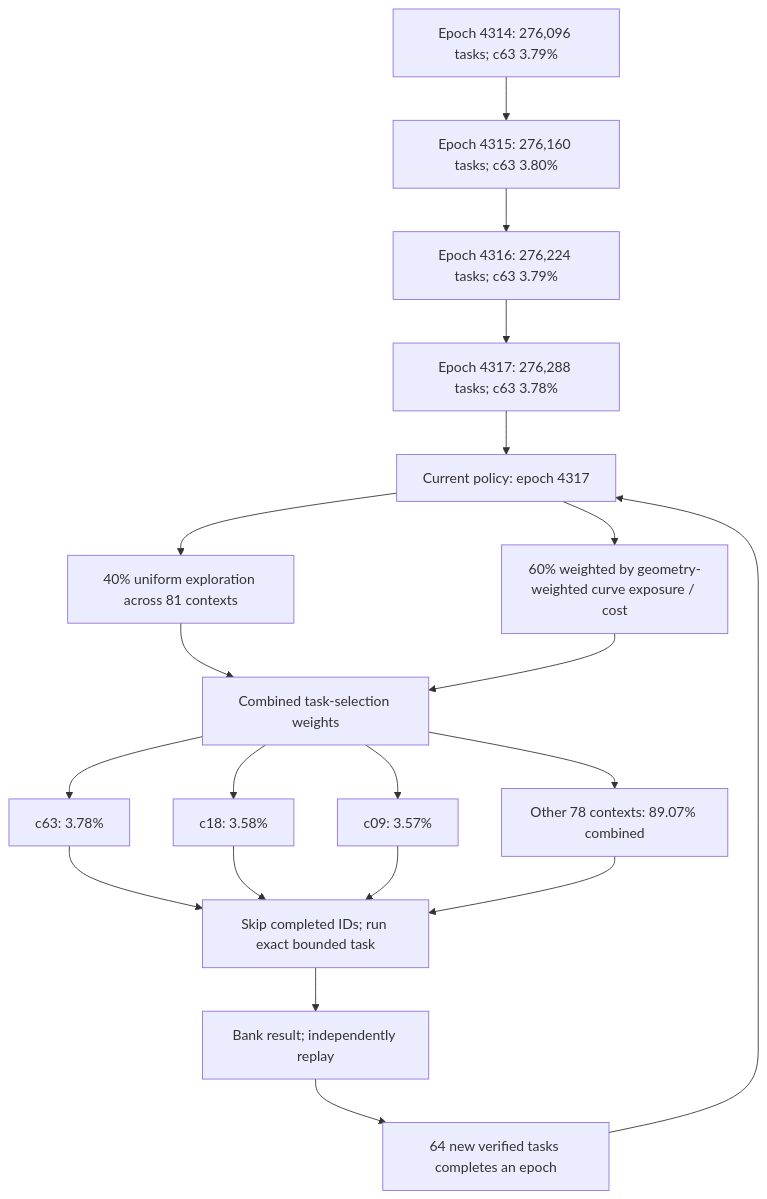
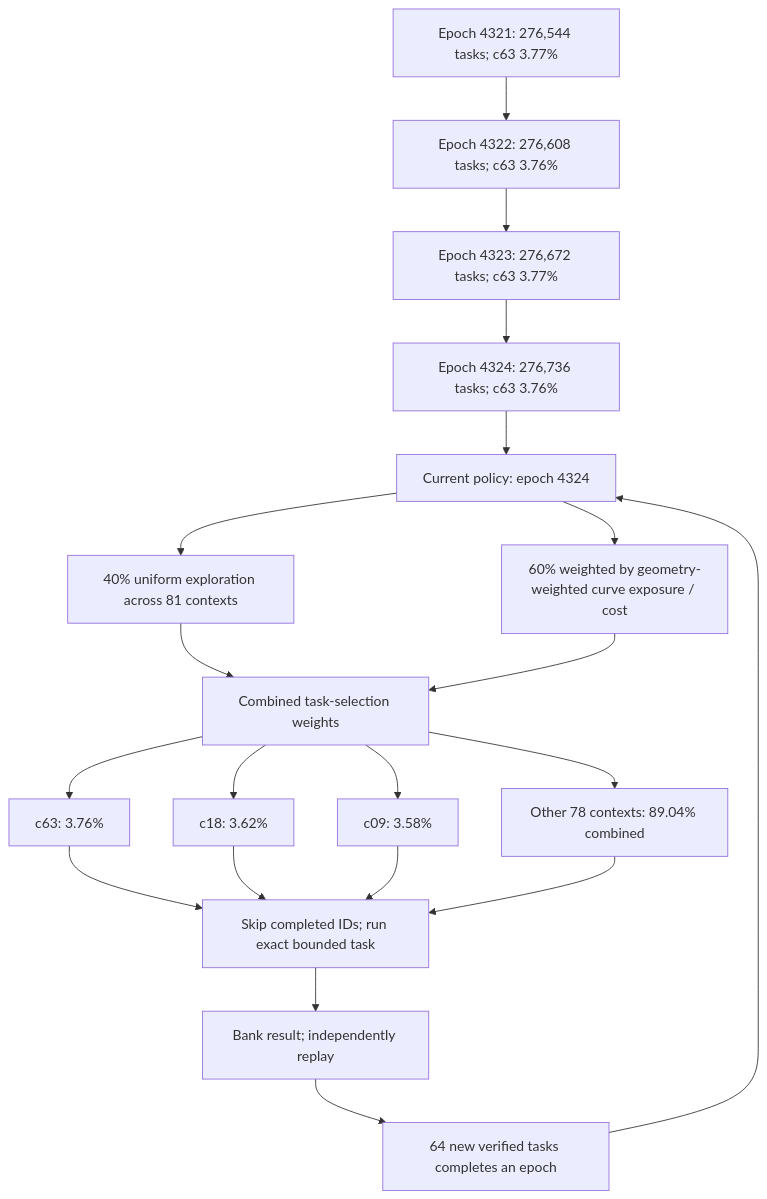
One commit to Kuberwastaken/math-gambling changed the first of 3 diagrams in README.md. Above: the diagram before and after it, drawn with Mermaid. The commit also changed other lines of this file and 3374 other files, not shown here.

````diff
--- a/README.md
+++ b/README.md
@@ -60,27 +60,27 @@
 ```mermaid
 flowchart TD
-    H0["Epoch 4314: 276,096 tasks; c63 3.79%"]
-    H1["Epoch 4315: 276,160 tasks; c63 3.80%"]
+    H0["Epoch 4321: 276,544 tasks; c63 3.77%"]
+    H1["Epoch 4322: 276,608 tasks; c63 3.76%"]
     H0 --> H1
-    H2["Epoch 4316: 276,224 tasks; c63 3.79%"]
+    H2["Epoch 4323: 276,672 tasks; c63 3.77%"]
     H1 --> H2
-    H3["Epoch 4317: 276,288 tasks; c63 3.78%"]
+    H3["Epoch 4324: 276,736 tasks; c63 3.76%"]
     H2 --> H3
-    Policy["Current policy: epoch 4317"]
+    Policy["Current policy: epoch 4324"]
     H3 --> Policy
     Policy --> Explore["40% uniform exploration across 81 contexts"]
     Policy --> Cost["60% weighted by geometry-weighted curve exposure / cost"]
     Explore --> Mix["Combined task-selection weights"]
     Cost --> Mix
-    Mix --> C0["c63: 3.78%"]
-    Mix --> C1["c18: 3.58%"]
-    Mix --> C2["c09: 3.57%"]
-    Mix --> Rest["Other 78 contexts: 89.07% combined"]
+    Mix --> C0["c63: 3.76%"]
+    Mix --> C1["c18: 3.62%"]
+    Mix --> C2["c09: 3.58%"]
+    Mix --> Rest["Other 78 contexts: 89.04% combined"]
     C0 --> Check["Skip completed IDs; run exact bounded task"]
     C1 --> Check
     C2 --> Check
     Rest --> Check
     Check --> Replay["Bank result; independently replay"]
     Replay --> Gate["64 new verified tasks completes an epoch"]
     Gate --> Policy
 ```
````
